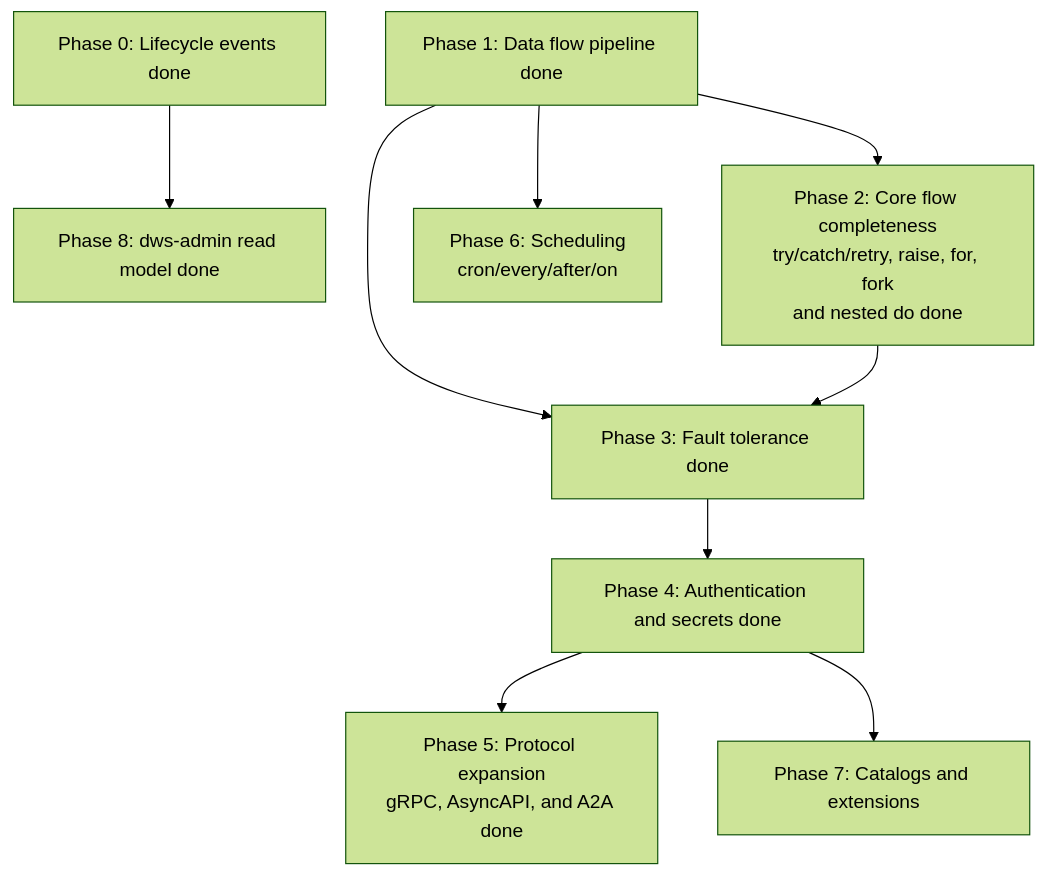
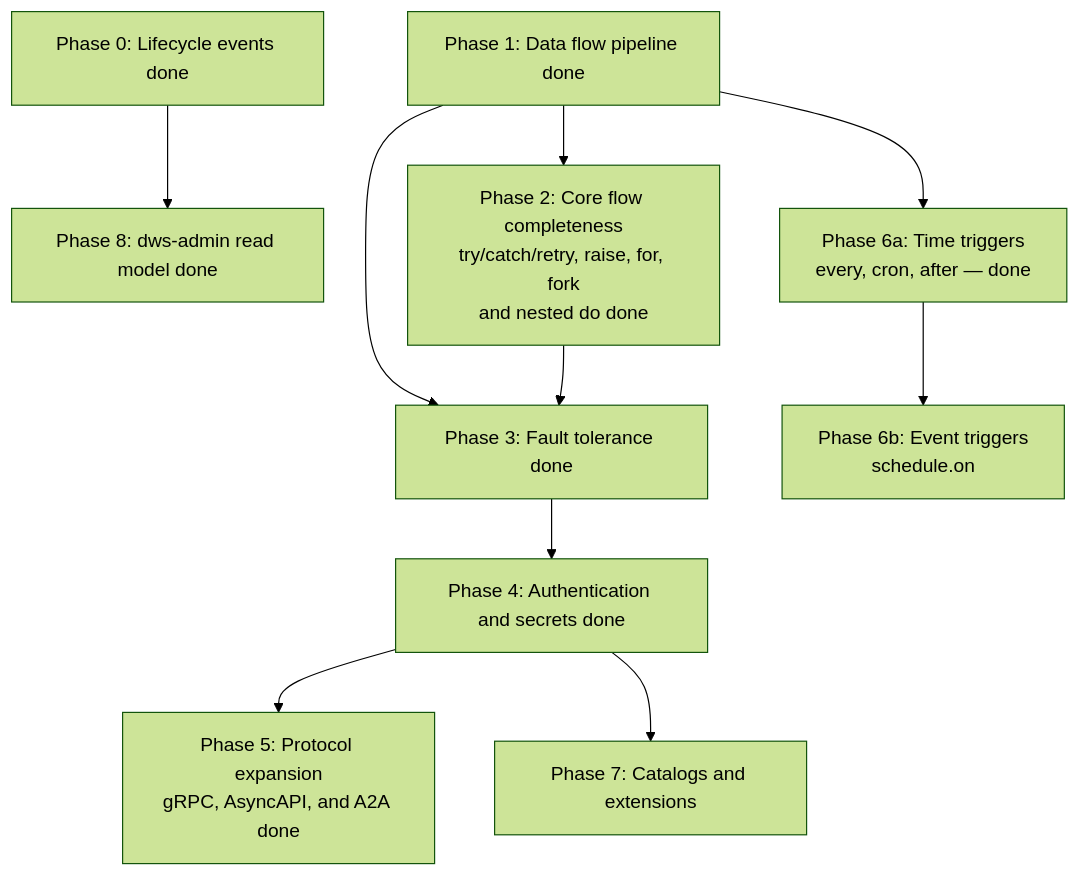
The second of 2 diagrams in openwiki/architecture/roadmap.md (tonylibs/dapr-workflow-spec), drawn with Mermaid (forest theme) before and after one commit. The commit also changed other lines of this file and 2 other files, not shown here.

````diff
--- a/openwiki/architecture/roadmap.md
+++ b/openwiki/architecture/roadmap.md
@@ -77,11 +77,12 @@
 ```mermaid
 flowchart TD
   P0[Phase 0: Lifecycle events done] --> P8[Phase 8: dws-admin read model done]
   P1[Phase 1: Data flow pipeline done] --> P2[Phase 2: Core flow completeness<br/>try/catch/retry, raise, for, fork<br/>and nested do done]
   P1 --> P3[Phase 3: Fault tolerance done]
   P2 --> P3
   P3 --> P4[Phase 4: Authentication and secrets done]
   P4 --> P5[Phase 5: Protocol expansion<br/>gRPC, AsyncAPI, and A2A done]
-  P1 --> P6[Phase 6: Scheduling<br/>cron/every/after/on]
+  P1 --> P6a[Phase 6a: Time triggers<br/>every, cron, after — done]
+  P6a --> P6b[Phase 6b: Event triggers<br/>schedule.on]
   P4 --> P7[Phase 7: Catalogs and extensions]
 ```
````
